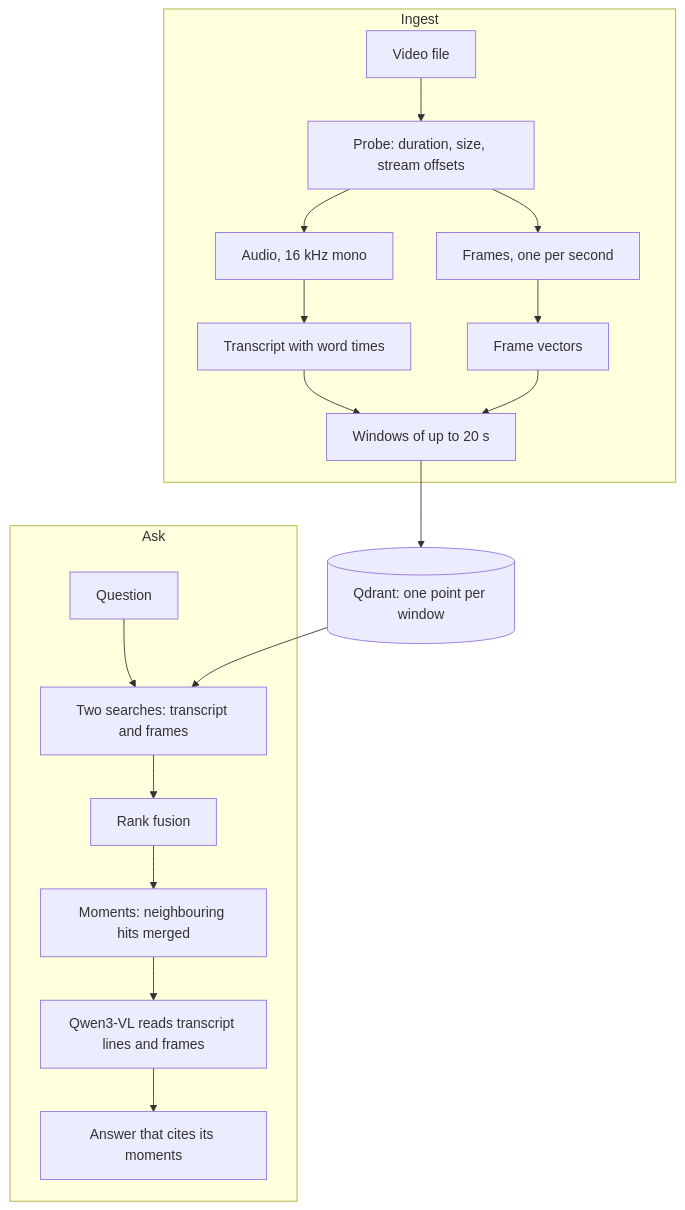
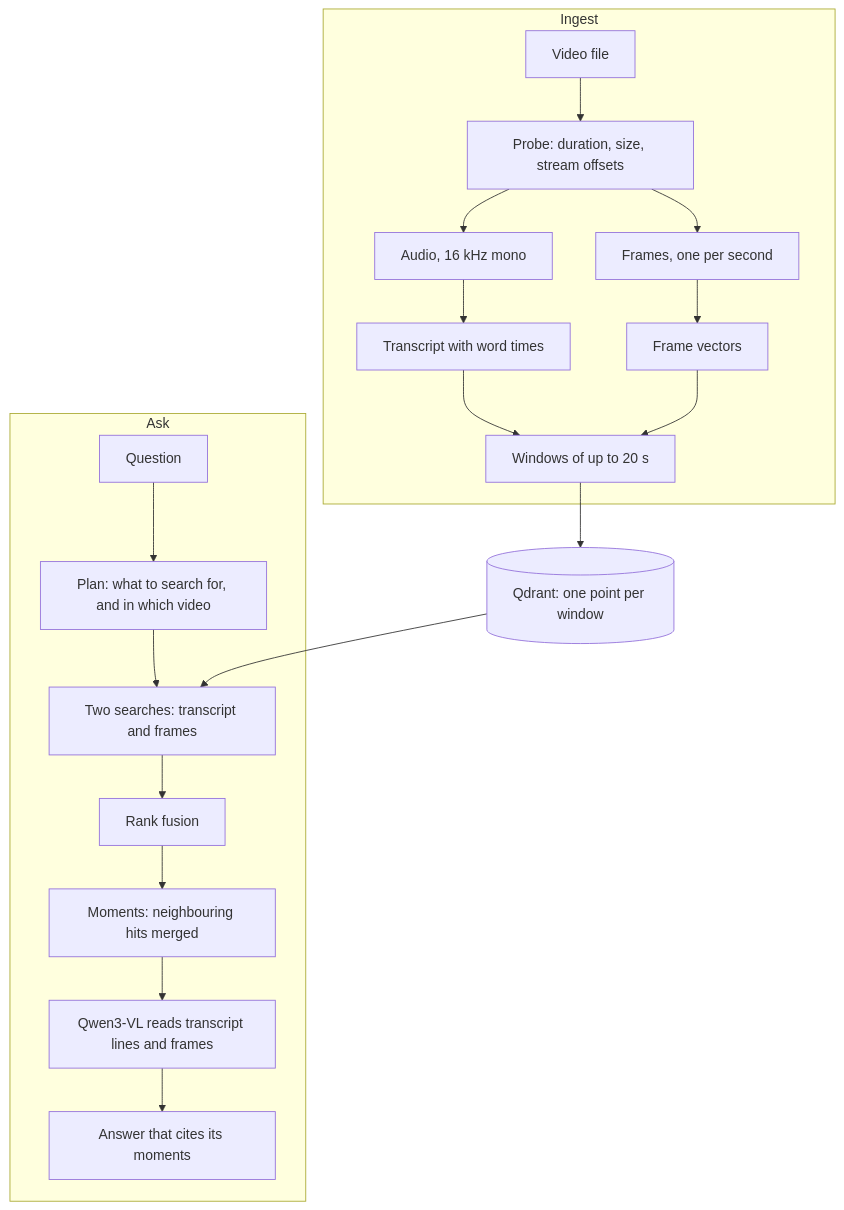
The diagram in README.md (Khaledblel/multimodal-video-rag-engine), drawn with Mermaid before and after one commit. The commit also changed other lines of this file and 21 other files, not shown here.

````diff
--- a/README.md
+++ b/README.md
@@ -25,21 +26,22 @@
 ```mermaid
 flowchart TD
     subgraph Ingest
         V["Video file"] --> P["Probe: duration, size, stream offsets"]
         P --> A["Audio, 16 kHz mono"]
         P --> F["Frames, one per second"]
         A --> T["Transcript with word times"]
         F --> E["Frame vectors"]
         T --> W["Windows of up to 20 s"]
         E --> W
     end
     W --> Q[("Qdrant: one point per window")]
     subgraph Ask
-        U["Question"] --> S["Two searches: transcript and frames"]
+        U["Question"] --> K["Plan: what to search for, and in which video"]
+        K --> S["Two searches: transcript and frames"]
         S --> R["Rank fusion"]
         R --> M["Moments: neighbouring hits merged"]
         M --> L["Qwen3-VL reads transcript lines and frames"]
         L --> N["Answer that cites its moments"]
     end
     Q --> S
 ```
````
